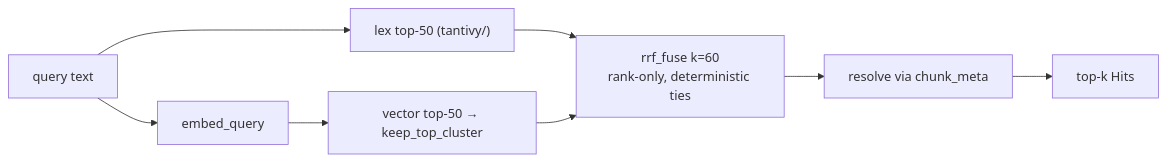
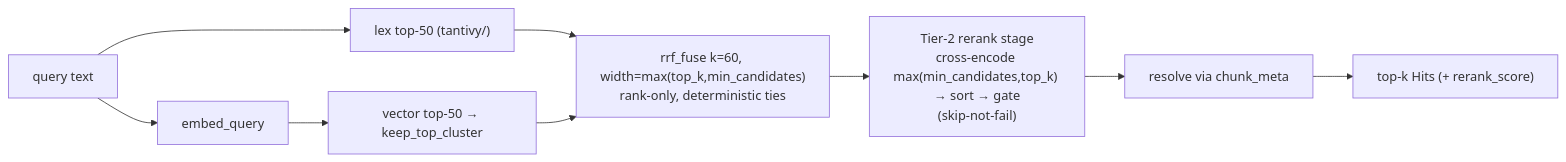
Before and after one commit to onebrain-ai/onebrain-cli: the seventh of 8 diagrams in docs/architecture/search.md, drawn with Mermaid. The commit also changed other lines of this file and 25 other files, not shown here.

First line of the commit message:
feat(search): reranker calibration + tunable top_k/min_candidates/min_score → v3.4.7 (#192)

````diff
--- a/docs/architecture/search.md
+++ b/docs/architecture/search.md
@@ -383,8 +435,9 @@
 ```mermaid
 flowchart LR
     Q["query text"] --> LX["lex top-50 (tantivy/)"]
     Q --> EMB["embed_query"] --> VC["vector top-50 → keep_top_cluster"]
-    LX --> F["rrf_fuse k=60<br/>rank-only, deterministic ties"]
+    LX --> F["rrf_fuse k=60, width=max(top_k,min_candidates)<br/>rank-only, deterministic ties"]
     VC --> F
-    F --> RES["resolve via chunk_meta"] --> H["top-k Hits"]
+    F --> RR["Tier-2 rerank stage<br/>cross-encode max(min_candidates,top_k) → sort → gate<br/>(skip-not-fail)"]
+    RR --> RES["resolve via chunk_meta"] --> H["top-k Hits (+ rerank_score)"]
 ```
````
